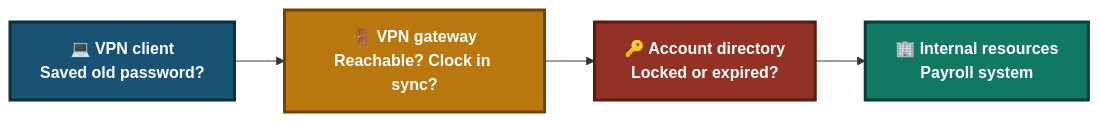
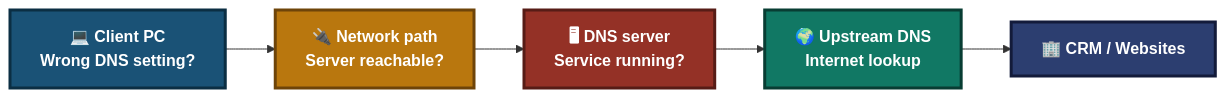
The second of 5 diagrams in 02-ticket-simulations/02.1-DNS-Ticket.md (malaika-azhar/Customer-Tech-Support-Portfolio), drawn with Mermaid before and after one commit. The commit also changed other lines of this file, not shown here.

````diff
--- a/02-ticket-simulations/02.1-DNS-Ticket.md
+++ b/02-ticket-simulations/02.1-DNS-Ticket.md
@@ -188,9 +187,10 @@
 ```mermaid
 flowchart LR
-    A["💻 VPN client<br/>Saved old password?"]:::a --> B["🚪 VPN gateway<br/>Reachable? Clock in sync?"]:::b --> C["🔑 Account directory<br/>Locked or expired?"]:::c --> D["🏢 Internal resources<br/>Payroll system"]:::d
+    A["💻 Client PC<br/>Wrong DNS setting?"]:::a --> B["🔌 Network path<br/>Server reachable?"]:::b --> C["🖥 DNS server<br/>Service running?"]:::c --> D["🌍 Upstream DNS<br/>Internet lookup"]:::d --> E["🏢 CRM / Websites"]:::e
 
     classDef a fill:#1A5276,stroke:#0B2E43,stroke-width:3px,color:#FFFFFF,font-weight:bold
     classDef b fill:#B9770E,stroke:#6E4409,stroke-width:3px,color:#FFFFFF,font-weight:bold
     classDef c fill:#943126,stroke:#571C16,stroke-width:3px,color:#FFFFFF,font-weight:bold
     classDef d fill:#117864,stroke:#083D33,stroke-width:3px,color:#FFFFFF,font-weight:bold
+    classDef e fill:#2C3E70,stroke:#131B3A,stroke-width:3px,color:#FFFFFF,font-weight:bold
 ```
````
